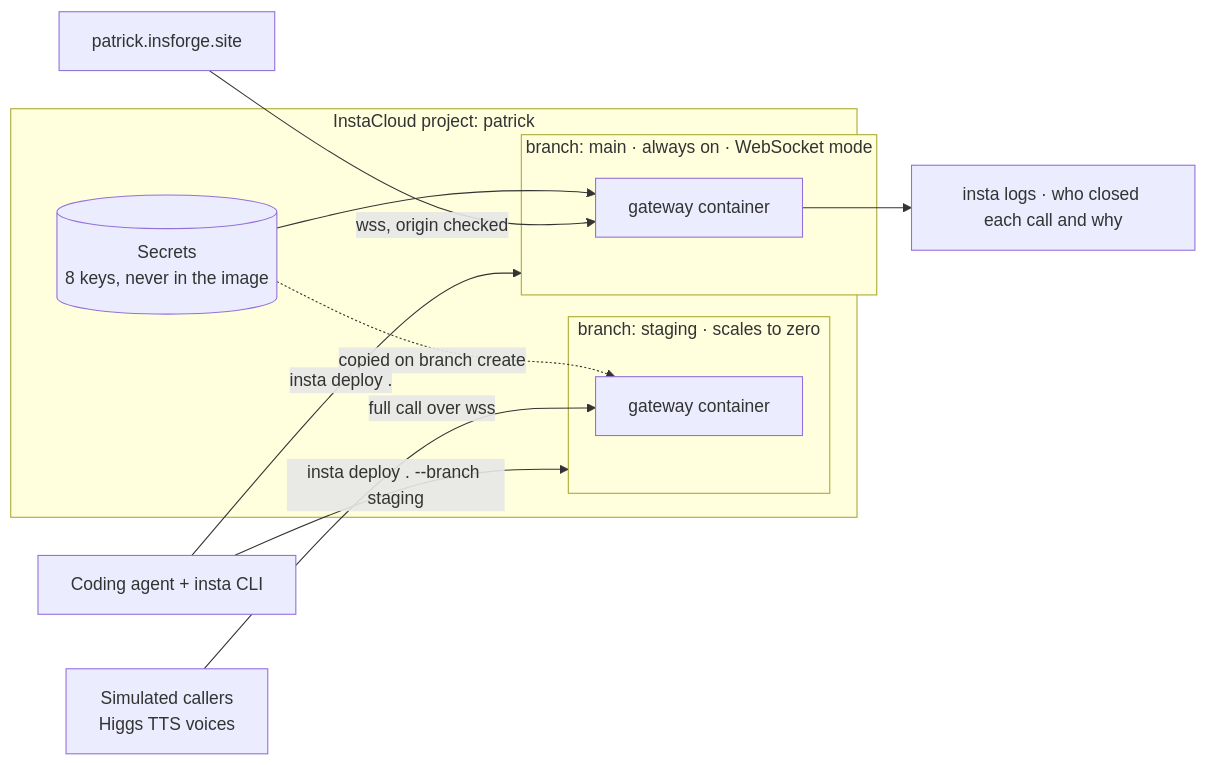
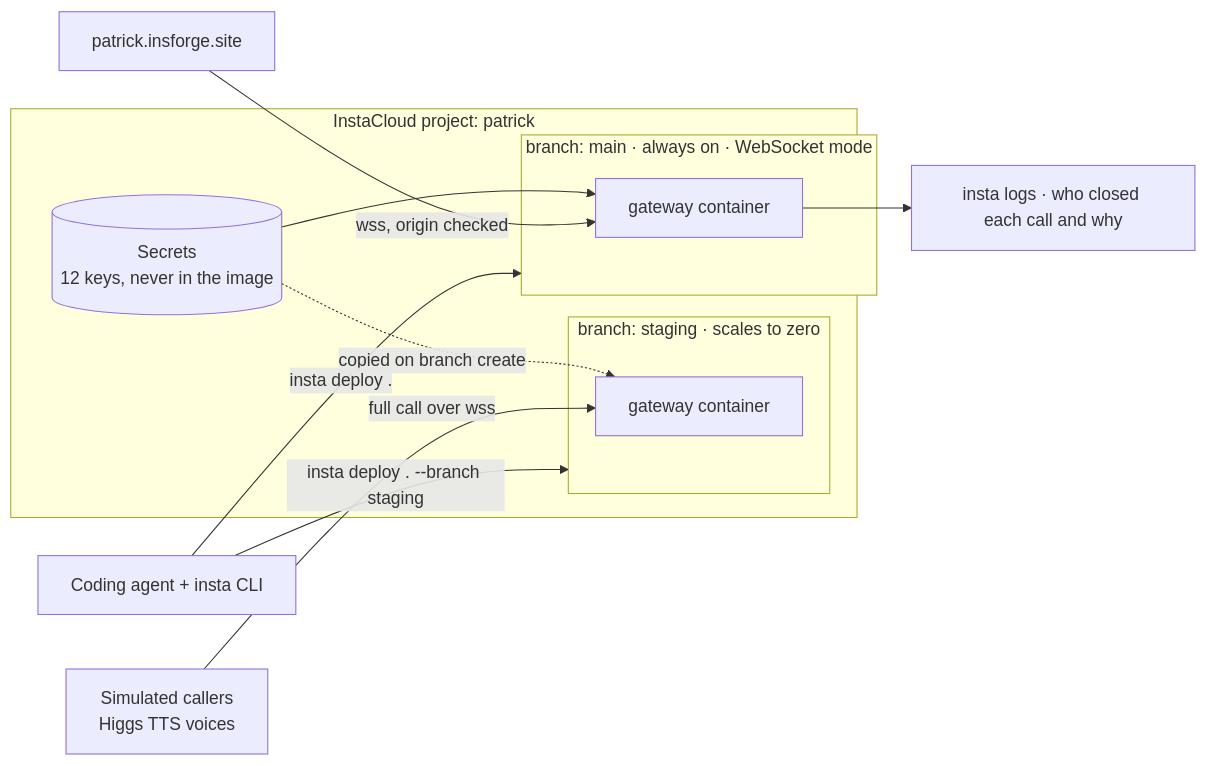
Before and after one commit to khush-i97/PartickAI: the fourth of 4 diagrams in README.md, drawn with Mermaid. The commit also changed other lines of this file, not shown here.

Commit message:
README: email delivery is proven; record the AgentMail and demo inbox secrets

````diff
--- a/README.md
+++ b/README.md
@@ -243,19 +243,19 @@
 ```mermaid
 flowchart LR
     DEV[Coding agent + insta CLI] -- "insta deploy . --branch staging" --> STG
     DEV -- "insta deploy ." --> MAIN
     subgraph IC["InstaCloud project: patrick"]
         subgraph STG["branch: staging · scales to zero"]
             G2[gateway container]
         end
         subgraph MAIN["branch: main · always on · WebSocket mode"]
             G1[gateway container]
         end
-        SEC[(Secrets<br/>8 keys, never in the image)]
+        SEC[(Secrets<br/>12 keys, never in the image)]
         SEC --> G1
         SEC -. "copied on branch create" .-> G2
     end
     SIM[Simulated callers<br/>Higgs TTS voices] -- "full call over wss" --> G2
     SITE[patrick.insforge.site] -- "wss, origin checked" --> G1
     G1 --> LOGS[insta logs · who closed each call and why]
 ```
````
